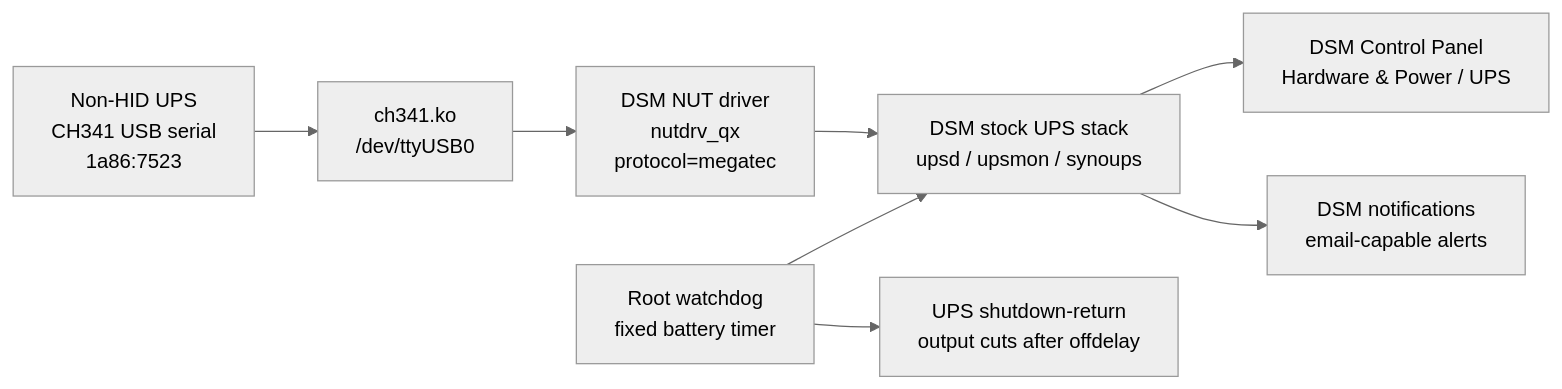
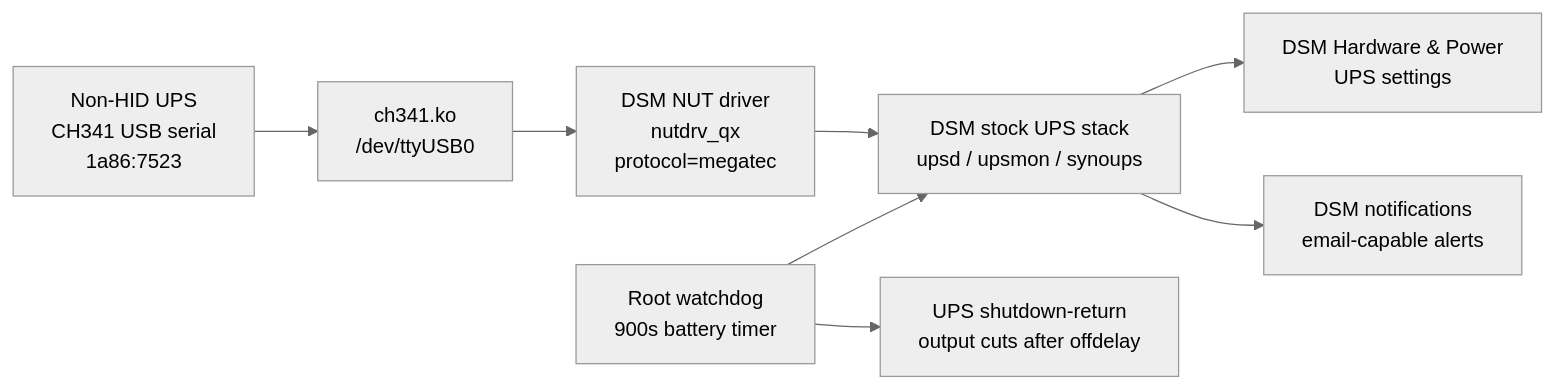
Before and after one commit to papa-vova/synology-nut-ch341-ups: the first of 2 diagrams in README.md, drawn with Mermaid (neutral theme). The commit also changed other lines of this file and 8 other files, not shown here.

````diff
--- a/README.md
+++ b/README.md
@@ -32,10 +31,10 @@
 ```mermaid
 flowchart LR
   UPS["Non-HID UPS<br/>CH341 USB serial<br/>1a86:7523"] --> Module["ch341.ko<br/>/dev/ttyUSB0"]
   Module --> Driver["DSM NUT driver<br/>nutdrv_qx<br/>protocol=megatec"]
   Driver --> Stock["DSM stock UPS stack<br/>upsd / upsmon / synoups"]
-  Stock --> GUI["DSM Control Panel<br/>Hardware & Power / UPS"]
+  Stock --> GUI["DSM Hardware & Power<br/>UPS settings"]
   Stock --> Notify["DSM notifications<br/>email-capable alerts"]
-  Watchdog["Root watchdog<br/>fixed battery timer"] --> Stock
+  Watchdog["Root watchdog<br/>900s battery timer"] --> Stock
   Watchdog --> Cut["UPS shutdown-return<br/>output cuts after offdelay"]
 ```
````
